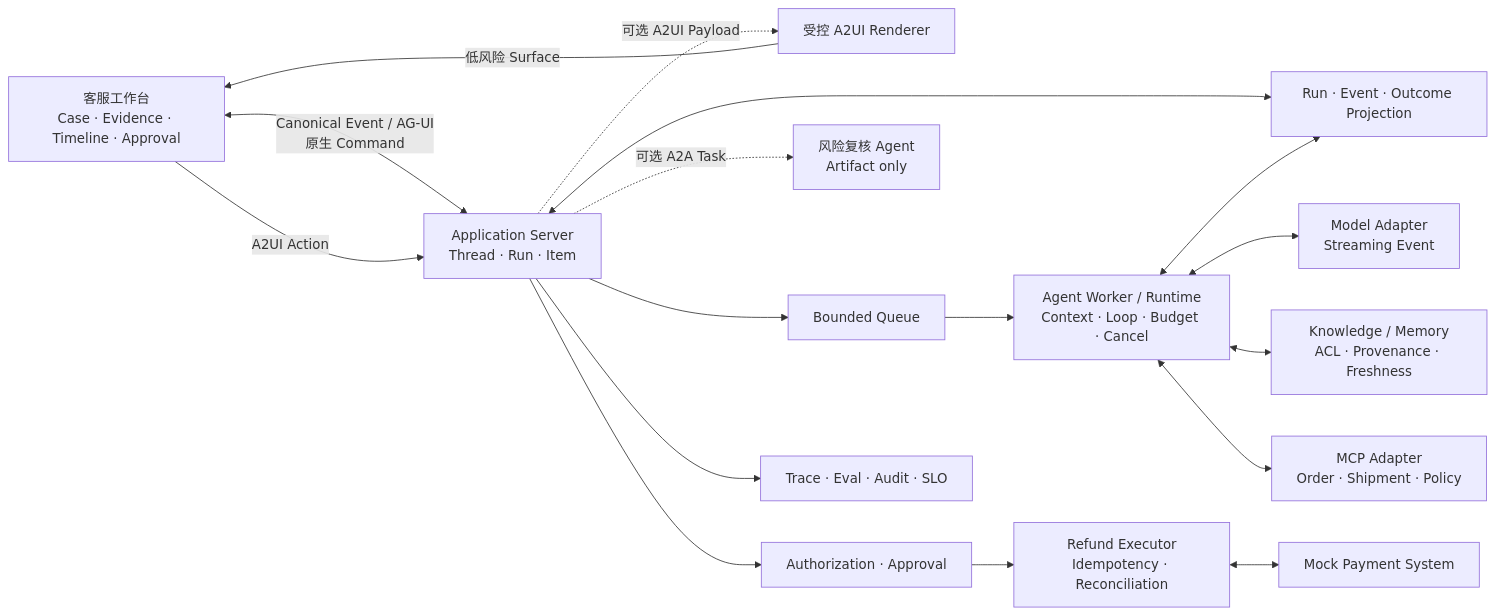
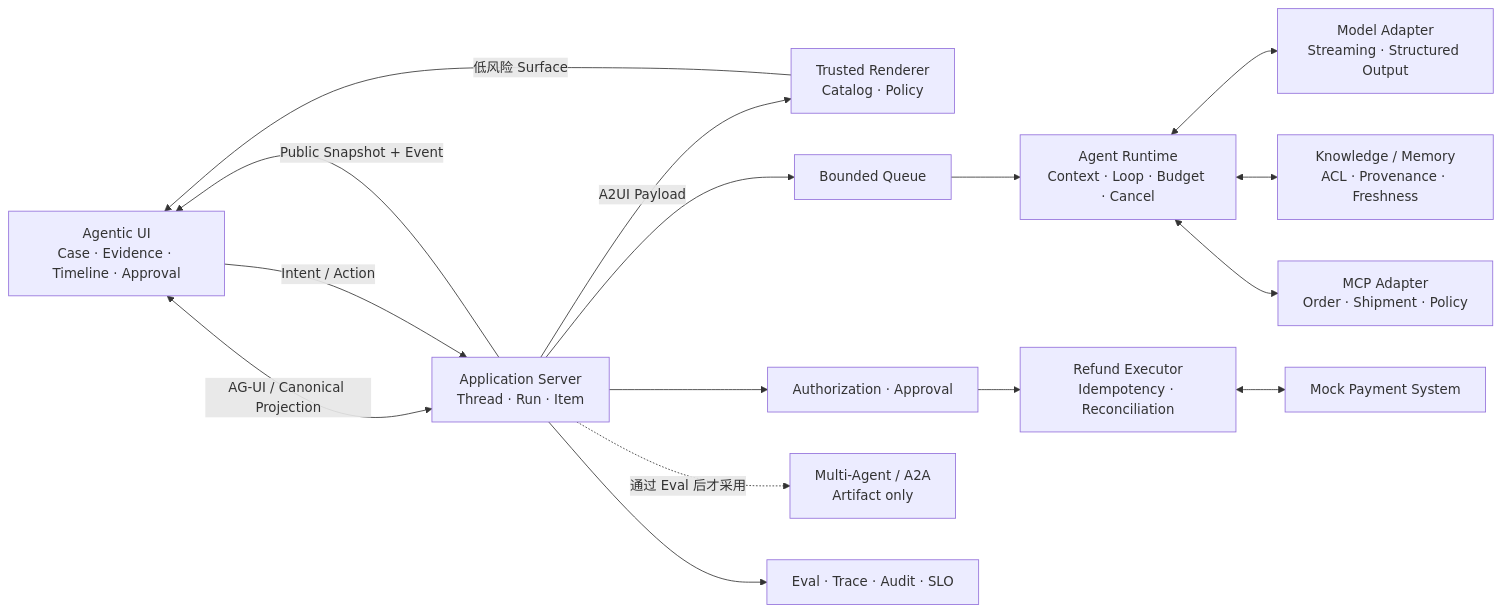
Before and after one commit to whatthehan/masterpiece-static-docs: the second of 2 diagrams in site/index.md, drawn with Mermaid. The commit also changed other lines of this file and 165 other files, not shown here.

````diff
--- a/site/index.md
+++ b/site/index.md
@@ -53,19 +80,18 @@
 ```mermaid
 flowchart LR
-    UI["客服工作台<br/>Case · Evidence · Timeline · Approval"] <-->|"Canonical Event / AG-UI<br/>原生 Command"| APP["Application Server<br/>Thread · Run · Item"]
-    APP -.->|"可选 A2UI Payload"| RENDERER["受控 A2UI Renderer"]
+    UI["Agentic UI<br/>Case · Evidence · Timeline · Approval"] <-->|"AG-UI / Canonical Projection"| APP["Application Server<br/>Thread · Run · Item"]
+    APP -->|"Public Snapshot + Event"| UI
+    APP -->|"A2UI Payload"| RENDERER["Trusted Renderer<br/>Catalog · Policy"]
     RENDERER -->|"低风险 Surface"| UI
-    UI -->|"A2UI Action"| APP
+    UI -->|"Intent / Action"| APP
     APP --> QUEUE["Bounded Queue"]
-    QUEUE --> RUNTIME["Agent Worker / Runtime<br/>Context · Loop · Budget · Cancel"]
-    APP <--> STORE["Run · Event · Outcome Projection"]
-    RUNTIME <--> STORE
-    RUNTIME <--> MODEL["Model Adapter<br/>Streaming Event"]
+    QUEUE --> RUNTIME["Agent Runtime<br/>Context · Loop · Budget · Cancel"]
+    RUNTIME <--> MODEL["Model Adapter<br/>Streaming · Structured Output"]
     RUNTIME <--> KNOWLEDGE["Knowledge / Memory<br/>ACL · Provenance · Freshness"]
     RUNTIME <--> MCP["MCP Adapter<br/>Order · Shipment · Policy"]
-    APP -.->|"可选 A2A Task"| REVIEW["风险复核 Agent<br/>Artifact only"]
     APP --> POLICY["Authorization · Approval"]
     POLICY --> EXEC["Refund Executor<br/>Idempotency · Reconciliation"]
     EXEC <--> PAYMENT["Mock Payment System"]
-    APP --> OBS["Trace · Eval · Audit · SLO"]
+    APP -.->|"通过 Eval 后才采用"| REVIEW["Multi-Agent / A2A<br/>Artifact only"]
+    APP --> EVIDENCE["Eval · Trace · Audit · SLO"]
 ```
````
